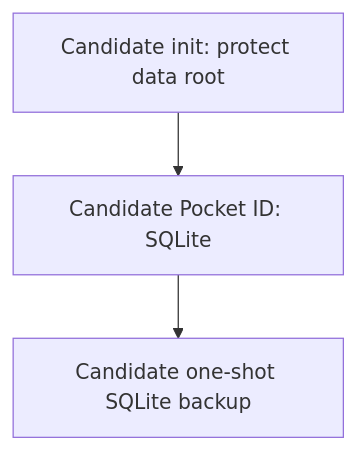
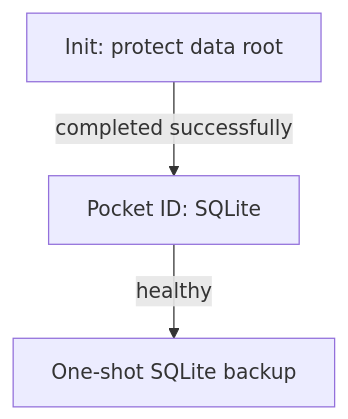
One commit to DevSecNinja/truenas-apps changed the diagram in services/pocket-id/README.md. Above: the diagram before and after it, drawn with Mermaid. The commit also changed other lines of this file and 15 other files, not shown here.

````diff
--- a/services/pocket-id/README.md
+++ b/services/pocket-id/README.md
@@ -80,5 +81,5 @@
 ```mermaid
 flowchart TD
-    Init["Candidate init: protect data root"] --> App["Candidate Pocket ID: SQLite"]
-    App --> Backup["Candidate one-shot SQLite backup"]
+    Init["Init: protect data root"] -->|completed successfully| App["Pocket ID: SQLite"]
+    App -->|healthy| Backup["One-shot SQLite backup"]
 ```
````
